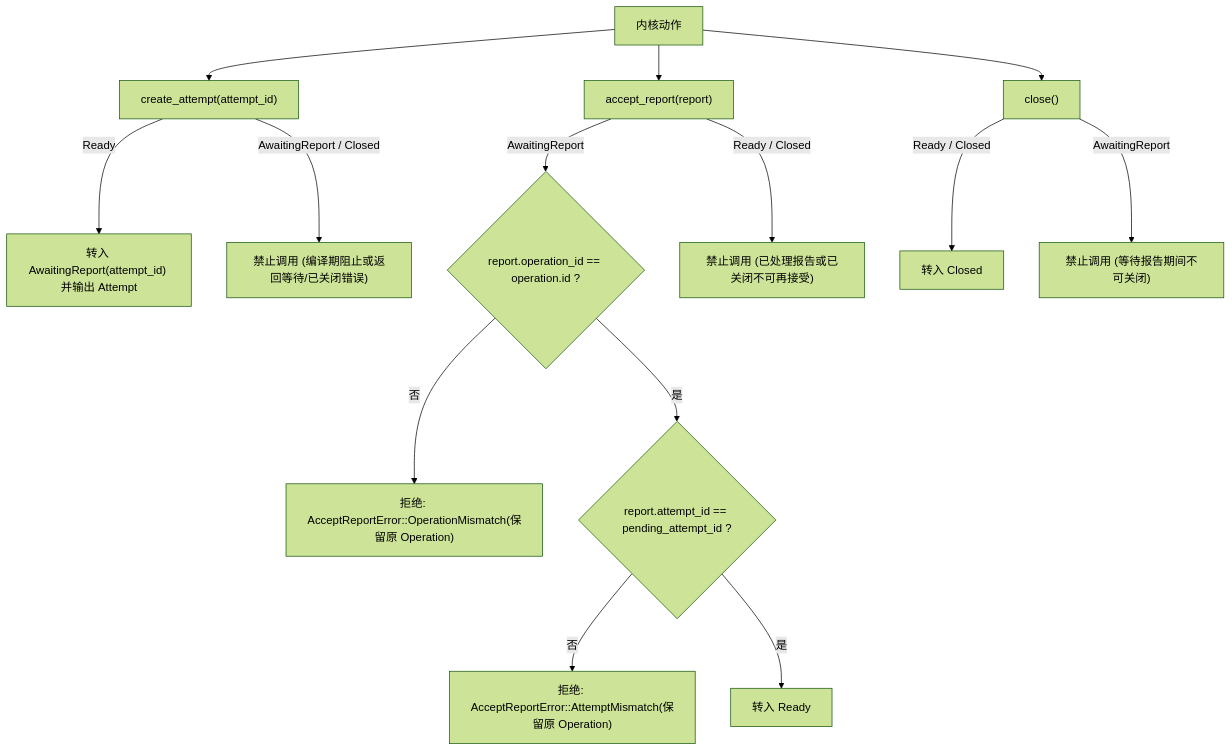
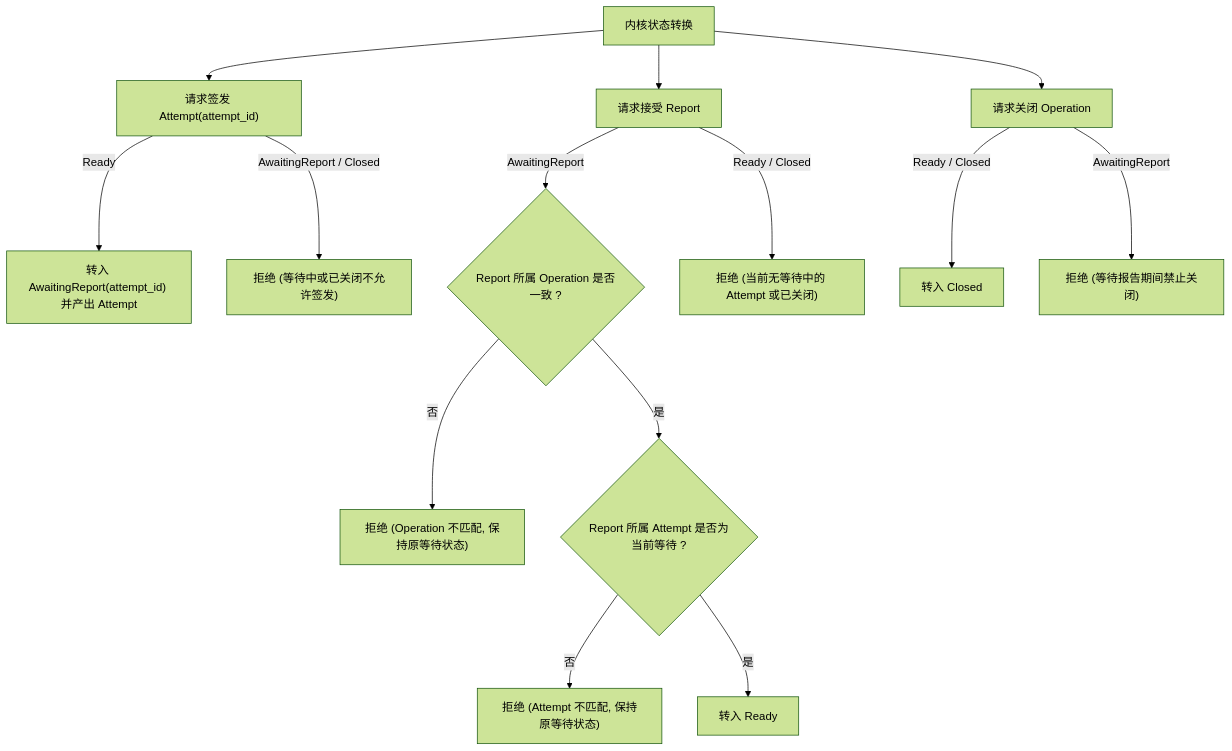
Before and after one commit to Everfold/Beamlet: the second of 2 diagrams in spec/01-kernel.md, drawn with Mermaid (forest theme). The commit also changed other lines of this file and 10 other files, not shown here.

````diff
--- a/spec/01-kernel.md
+++ b/spec/01-kernel.md
@@ -27,19 +27,19 @@
 ```mermaid
 flowchart TD
-    Act["内核动作"] --> C["create_attempt(attempt_id)"]
-    Act --> A["accept_report(report)"]
-    Act --> Cl["close()"]
+    Act["内核状态转换"] --> C["请求签发 Attempt(attempt_id)"]
+    Act --> A["请求接受 Report"]
+    Act --> Cl["请求关闭 Operation"]
 
-    C -->|"Ready"| C1["转入 AwaitingReport(attempt_id) 并输出 Attempt"]
-    C -->|"AwaitingReport / Closed"| C2["禁止调用 (编译期阻止或返回等待/已关闭错误)"]
+    C -->|"Ready"| C1["转入 AwaitingReport(attempt_id) 并产出 Attempt"]
+    C -->|"AwaitingReport / Closed"| C2["拒绝 (等待中或已关闭不允许签发)"]
 
-    A -->|"AwaitingReport"| A1{"report.operation_id == operation.id ?"}
-    A1 -->|"否"| AE1["拒绝: AcceptReportError::OperationMismatch(保留原 Operation)"]
-    A1 -->|"是"| A2{"report.attempt_id == pending_attempt_id ?"}
-    A2 -->|"否"| AE2["拒绝: AcceptReportError::AttemptMismatch(保留原 Operation)"]
+    A -->|"AwaitingReport"| A1{"Report 所属 Operation 是否一致 ?"}
+    A1 -->|"否"| AE1["拒绝 (Operation 不匹配, 保持原等待状态)"]
+    A1 -->|"是"| A2{"Report 所属 Attempt 是否为当前等待 ?"}
+    A2 -->|"否"| AE2["拒绝 (Attempt 不匹配, 保持原等待状态)"]
     A2 -->|"是"| AOK["转入 Ready"]
-    A -->|"Ready / Closed"| AE3["禁止调用 (已处理报告或已关闭不可再接受)"]
+    A -->|"Ready / Closed"| AE3["拒绝 (当前无等待中的 Attempt 或已关闭)"]
 
     Cl -->|"Ready / Closed"| Cl1["转入 Closed"]
-    Cl -->|"AwaitingReport"| Cl2["禁止调用 (等待报告期间不可关闭)"]
+    Cl -->|"AwaitingReport"| Cl2["拒绝 (等待报告期间禁止关闭)"]
 ```
````
